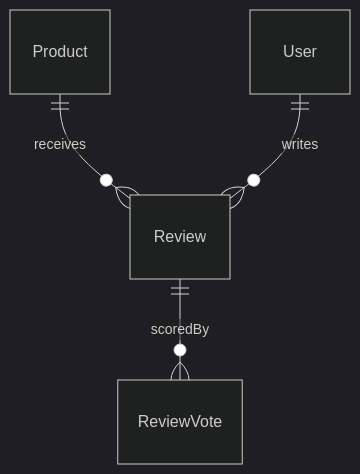
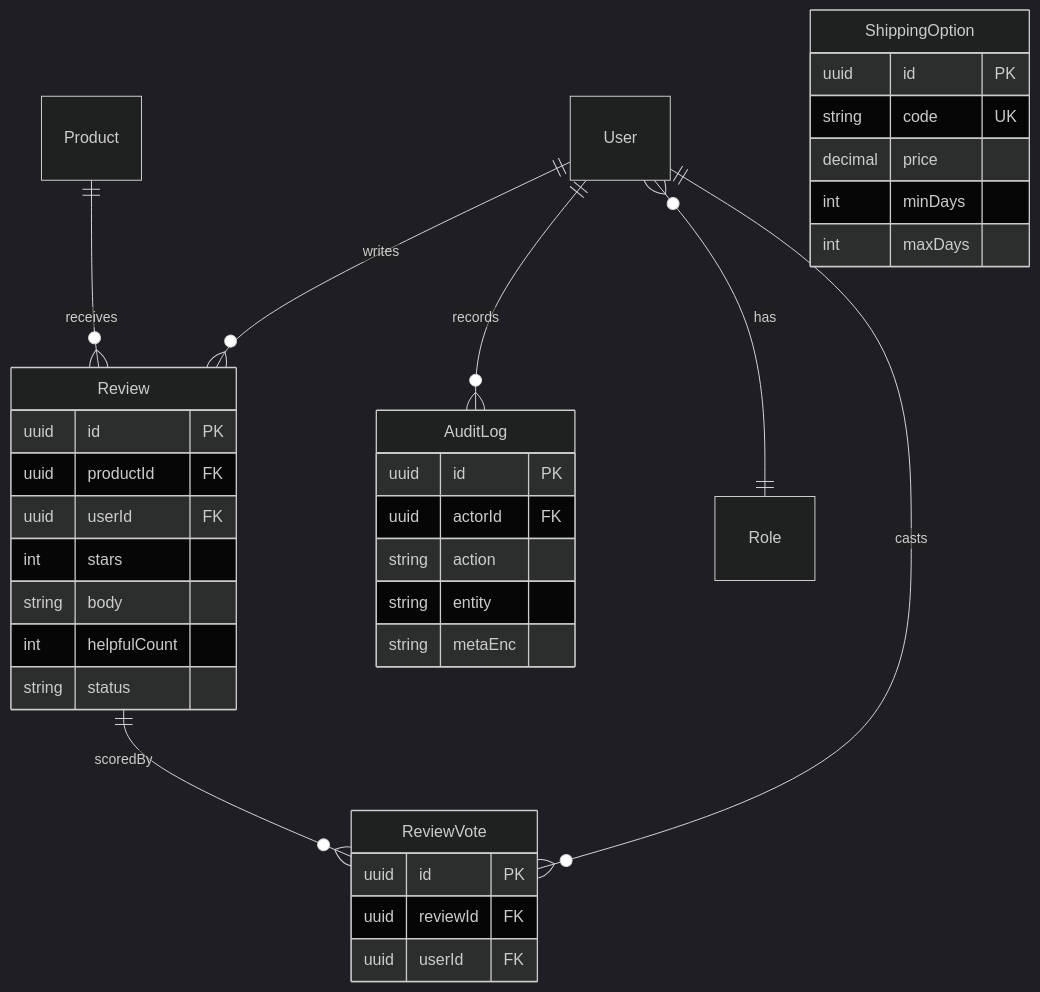
One commit to AlluFI/webshop changed the third of 3 diagrams in docs/erd.md. Above: the diagram before and after it, drawn with Mermaid (dark theme). The commit also changed other lines of this file and 89 other files, not shown here.

````diff
--- a/docs/erd.md
+++ b/docs/erd.md
@@ -147,6 +147,38 @@
 ```mermaid
 erDiagram
   Product ||--o{ Review : receives
   User ||--o{ Review : writes
   Review ||--o{ ReviewVote : scoredBy
+  User ||--o{ ReviewVote : casts
+  User ||--o{ AuditLog : records
+  User }o--|| Role : has
+
+  Review {
+    uuid id PK
+    uuid productId FK
+    uuid userId FK
+    int stars
+    string body
+    int helpfulCount
+    string status
+  }
+  ReviewVote {
+    uuid id PK
+    uuid reviewId FK
+    uuid userId FK
+  }
+  AuditLog {
+    uuid id PK
+    uuid actorId FK
+    string action
+    string entity
+    string metaEnc
+  }
+  ShippingOption {
+    uuid id PK
+    string code UK
+    decimal price
+    int minDays
+    int maxDays
+  }
 ```
````
